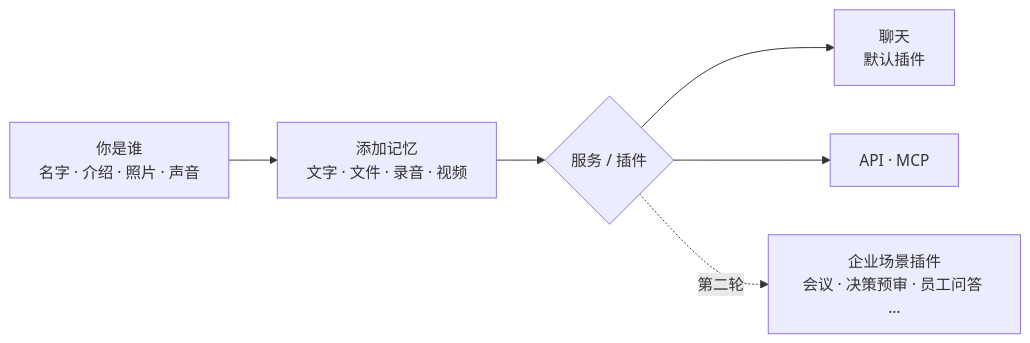
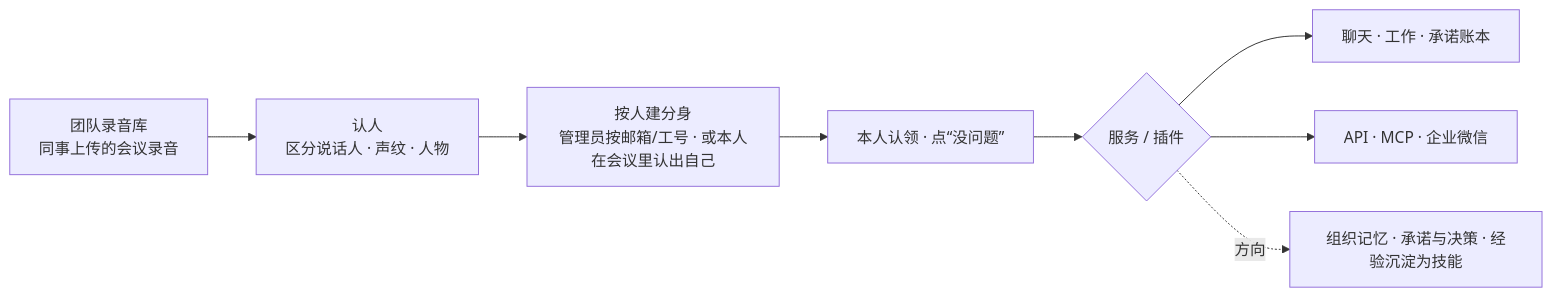
Before and after one commit to seasonsolt/twin: the first of 6 diagrams in docs/ARCHITECTURE.md, drawn with Mermaid. The commit also changed other lines of this file and 4 other files, not shown here.

````diff
--- a/docs/ARCHITECTURE.md
+++ b/docs/ARCHITECTURE.md
@@ -5,8 +7,10 @@
 ```mermaid
 flowchart LR
-  A[你是谁<br/>名字 · 介绍 · 照片 · 声音] --> B[添加记忆<br/>文字 · 文件 · 录音 · 视频]
-  B --> C{服务 / 插件}
-  C --> C1[聊天<br/>默认插件]
-  C --> C2[API · MCP]
-  C -.第二轮.-> C3[企业场景插件<br/>会议 · 决策预审 · 员工问答 …]
+  A[团队录音库<br/>同事上传的会议录音] --> B[认人<br/>区分说话人 · 声纹 · 人物]
+  B --> C[按人建分身<br/>管理员按邮箱/工号 · 或本人在会议里认出自己]
+  C --> D[本人认领 · 点“没问题”]
+  D --> E{服务 / 插件}
+  E --> E1[聊天 · 工作 · 承诺账本]
+  E --> E2[API · MCP · 企业微信]
+  E -.方向.-> E3[组织记忆 · 承诺与决策 · 经验沉淀为技能]
 ```
````
